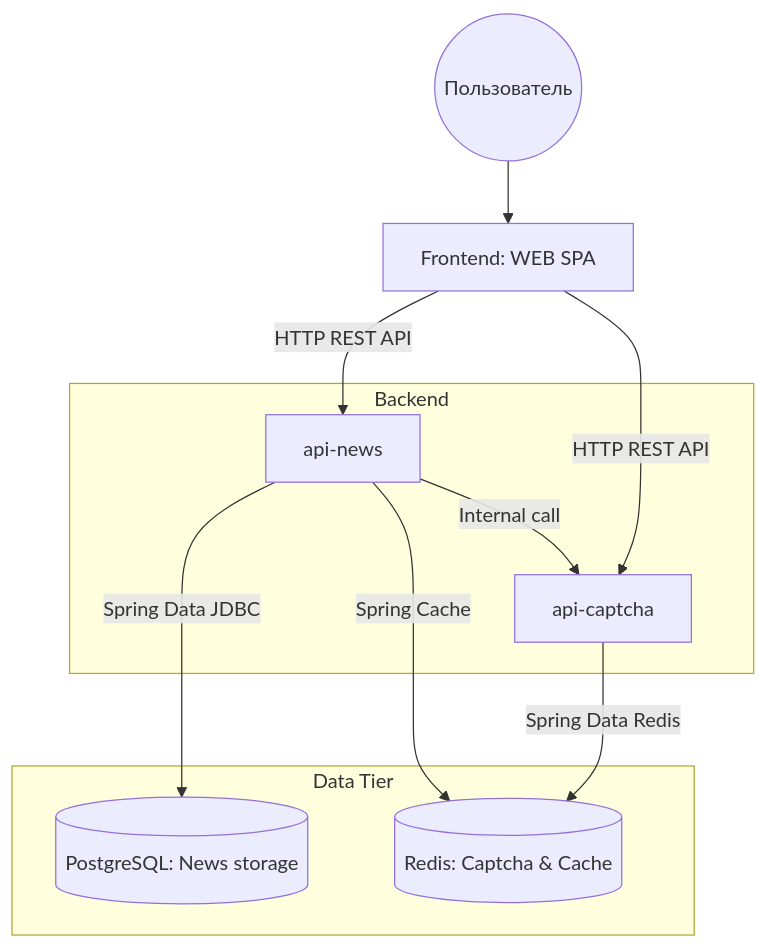
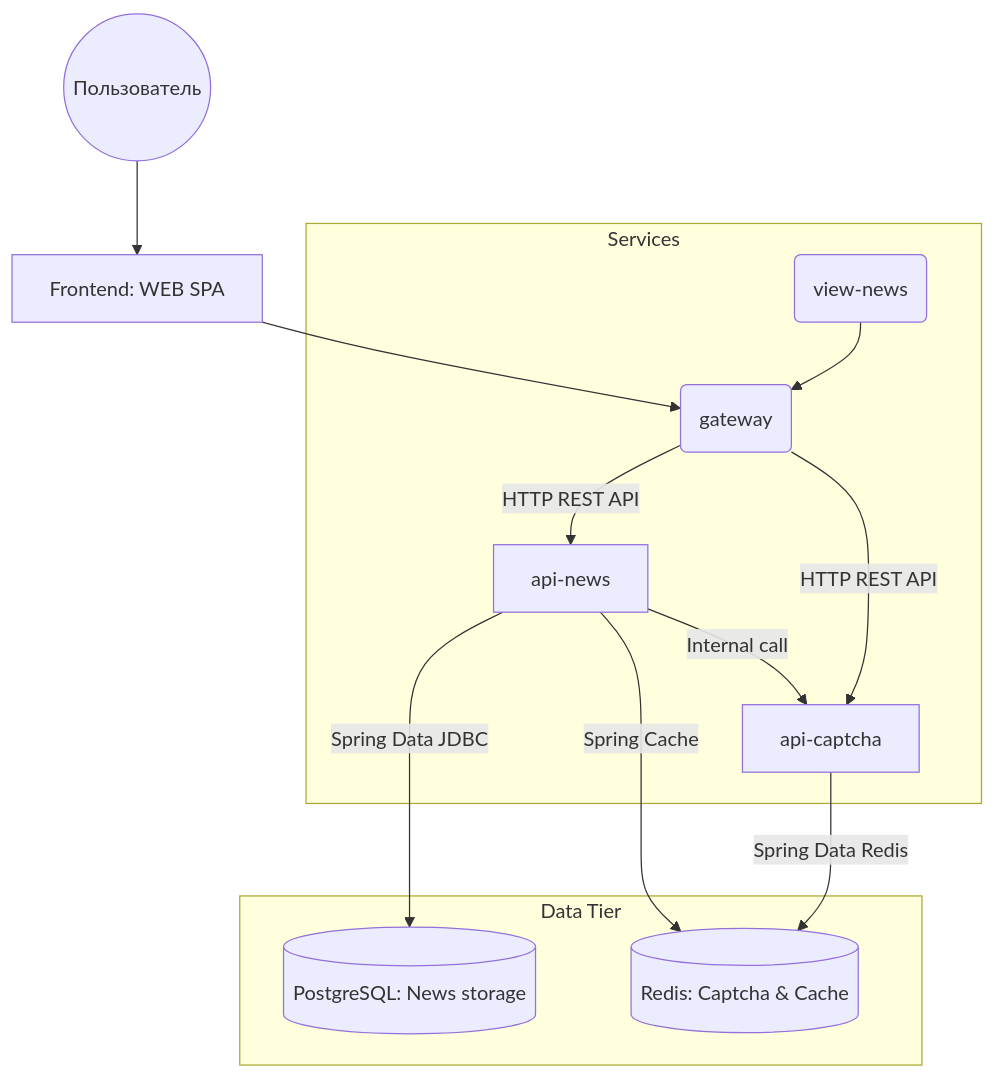
One commit to crystarm/backend-course changed the first of 2 diagrams in jbcd-mini-project/README.md. Above: the diagram before and after it, drawn with Mermaid.

Commit message:
обновил README: добавил Gateway и уточнил связи между компонентами

````diff
--- a/jbcd-mini-project/README.md
+++ b/jbcd-mini-project/README.md
@@ -5,23 +5,28 @@
 ```mermaid
 graph TD
     User((Пользователь))
     Browser[Frontend: WEB SPA]
+    ViewApi(view-news)
 
-    subgraph "Backend"
+    subgraph "Services"
+        Gateway(gateway)
+        ViewApi(view-news)
         NewsAPI[api-news]
         CaptchaAPI[api-captcha]
     end
 
     subgraph "Data Tier"
         PostgreSQL[(PostgreSQL: News storage)]
         Redis[(Redis: Captcha & Cache)]
     end
 
     User --> Browser
-    Browser -- " HTTP REST API " --> NewsAPI
+    Browser --> Gateway
+    ViewApi --> Gateway
+    Gateway -- " HTTP REST API " --> NewsAPI
     NewsAPI -- " Internal call " --> CaptchaAPI
-    Browser -- " HTTP REST API " --> CaptchaAPI
+    Gateway -- " HTTP REST API " --> CaptchaAPI
     NewsAPI -- " Spring Data JDBC " --> PostgreSQL
     NewsAPI -- " Spring Cache " --> Redis
     CaptchaAPI -- " Spring Data Redis " --> Redis
 ```
````
